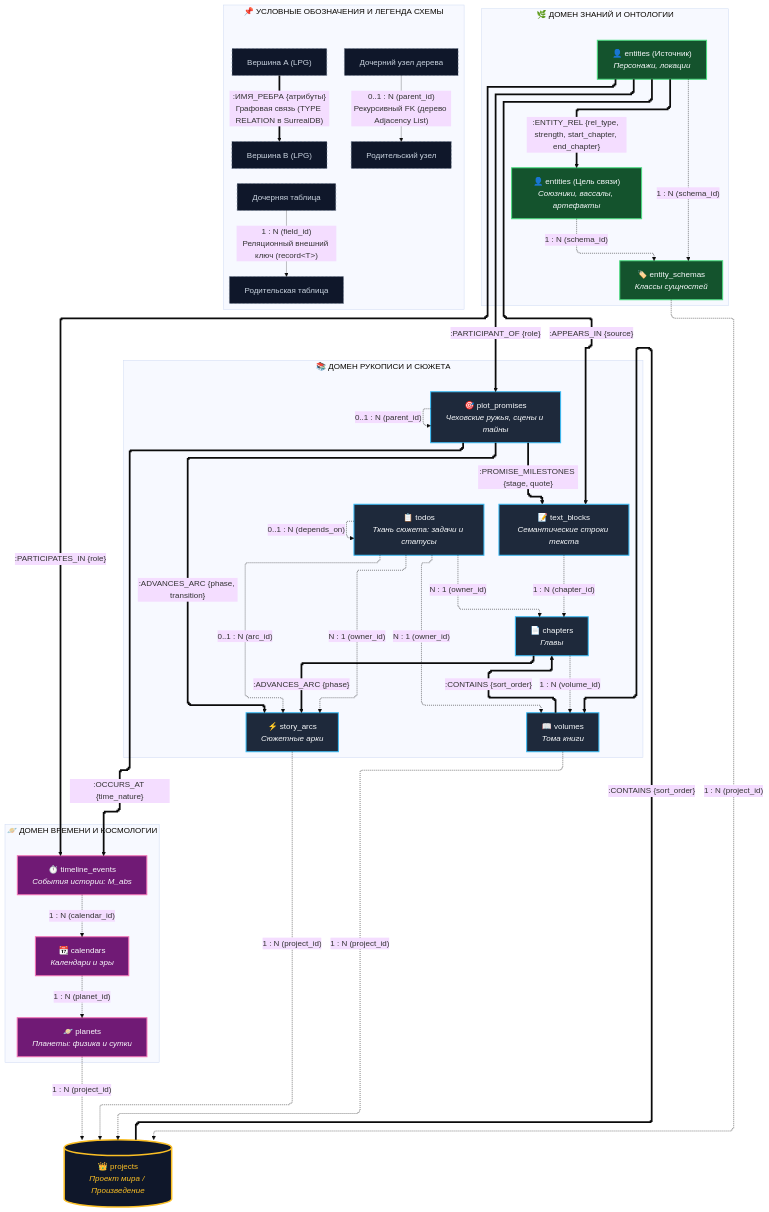
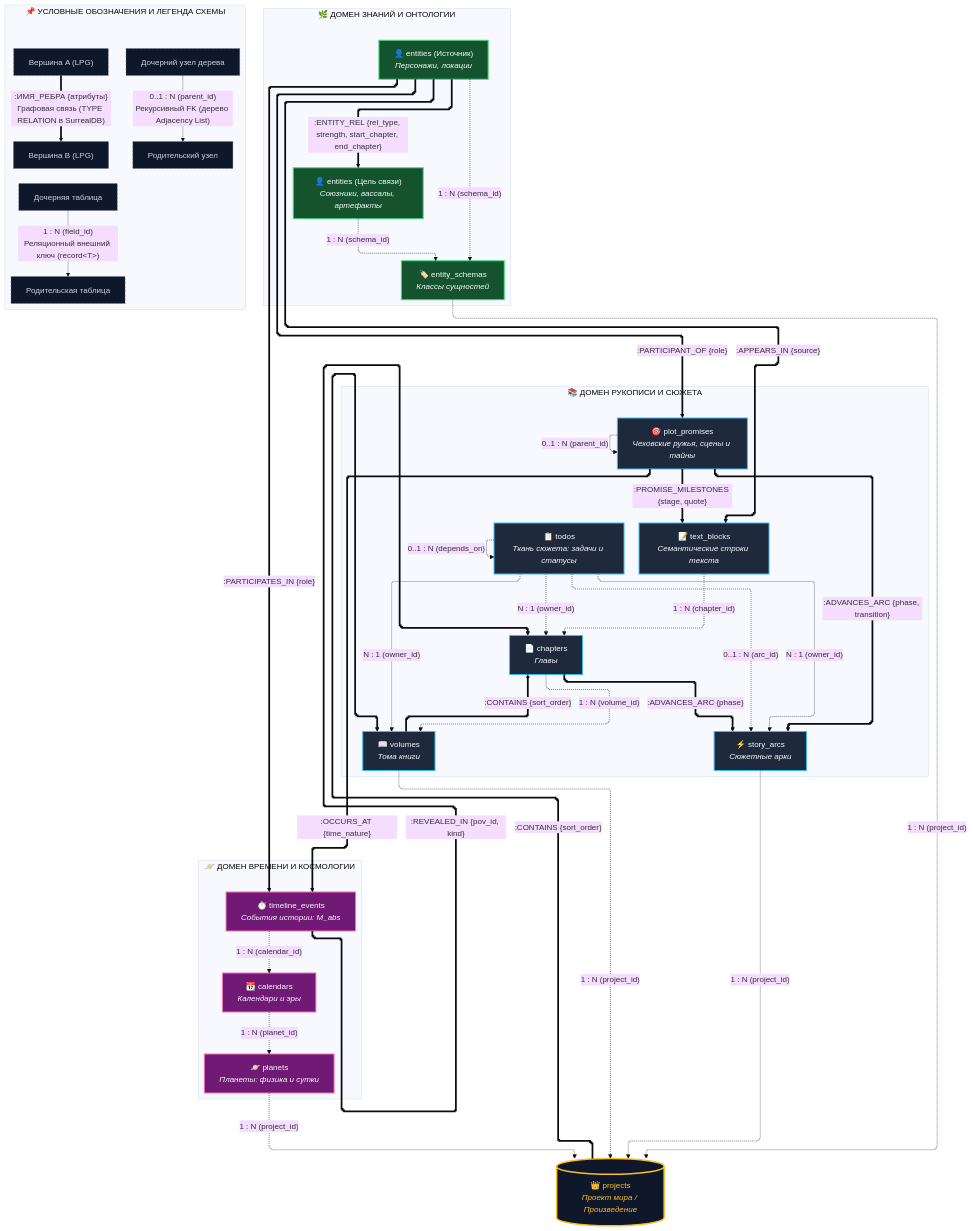
One commit to nagisokyn-prog/WorldWiki changed the diagram in docs/coursework/03_Проектно_конструкторская_часть/3.1_концептуальная_схема.md. Above: the diagram before and after it, drawn with Mermaid (base theme). The commit also changed 7 other files, not shown here.

```diff
--- a/docs/coursework/03_Проектно_конструкторская_часть/3.1_концептуальная_схема.md
+++ b/docs/coursework/03_Проектно_конструкторская_часть/3.1_концептуальная_схема.md
@@ -116,6 +116,7 @@
     %% ЛОР: Взаимодействия сущностей
     Entities ==>|":ENTITY_REL {rel_type, strength, start_chapter, end_chapter}"| TargetEntities
     Entities ==>|":PARTICIPATES_IN {role}"| TimelineEvents
+    TimelineEvents ==>|":REVEALED_IN {pov_id, kind}"| Chapters
 
     %% ==========================================
     %% СТРУКТУРНЫЕ ССЫЛКИ (РЕЛЯЦИОННЫЕ ВНЕШНИЕ КЛЮЧИ RECORD<T>)
```
